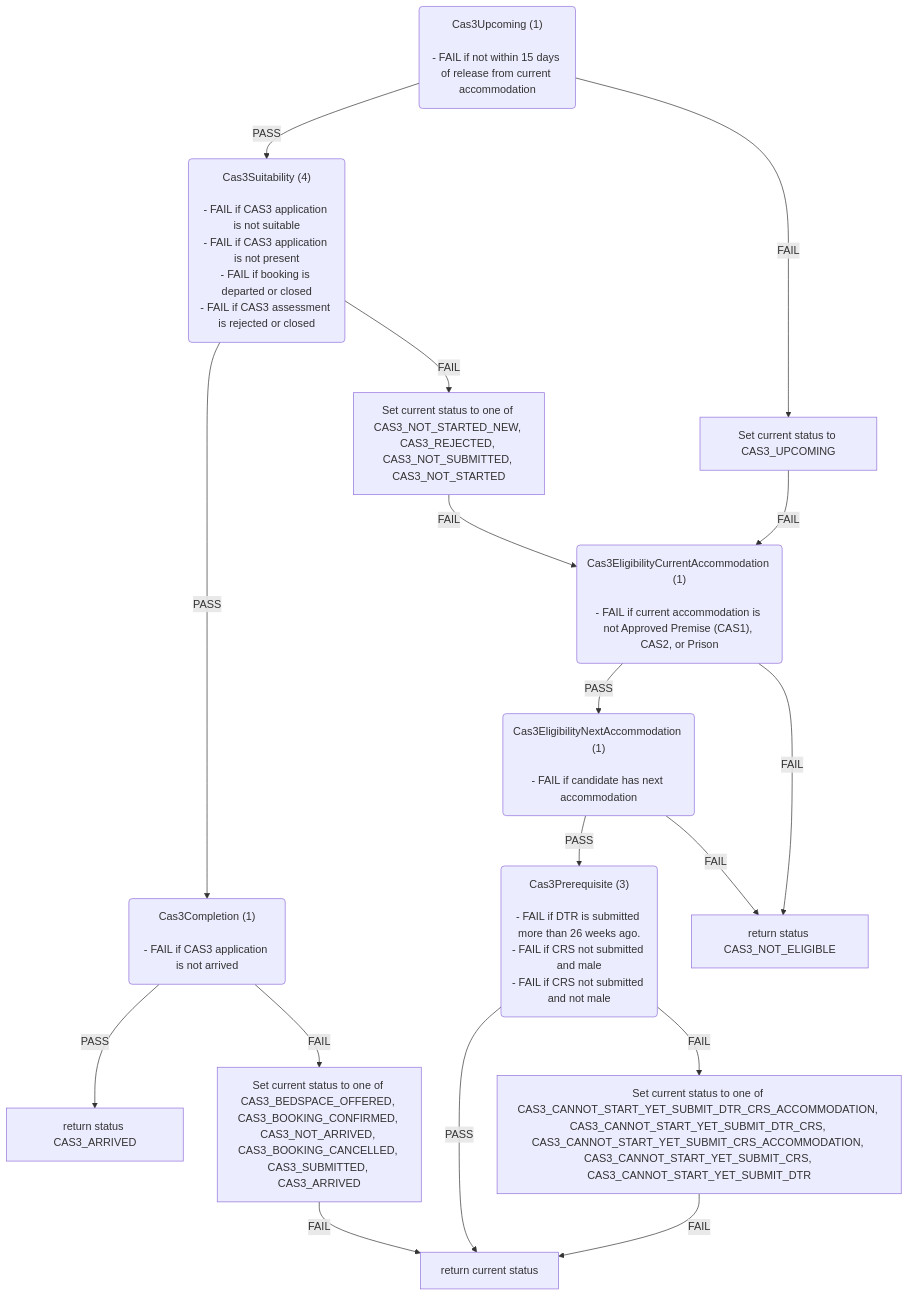
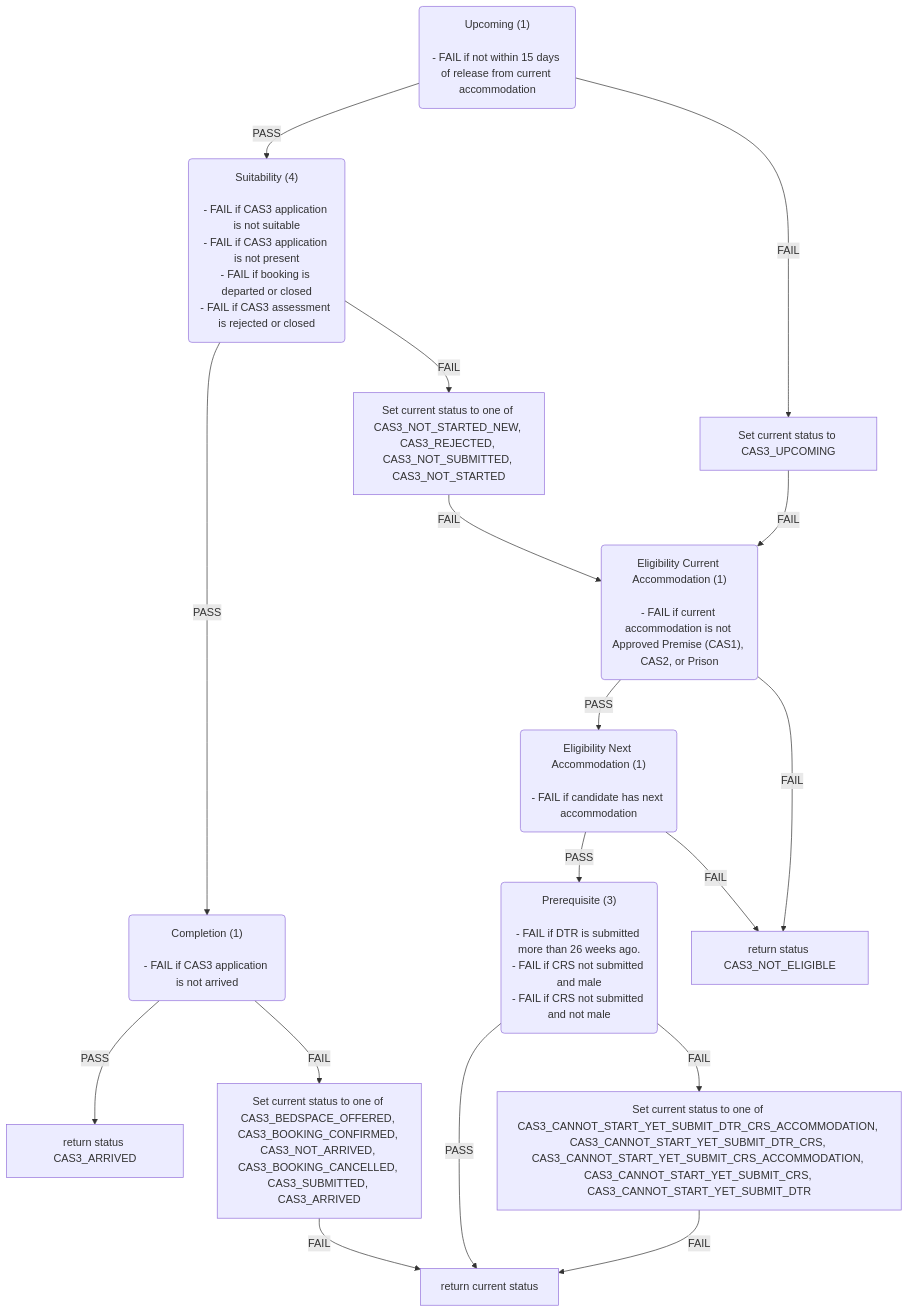
The third of 6 diagrams in docs/eligibility-rules-graph.md (ministryofjustice/hmpps-single-accommodation-service-api), drawn with Mermaid before and after one commit. The commit also changed other lines of this file and 41 other files, not shown here.

First line of the commit message:
Improve rules graph rule set labelling (#805)

````diff
--- a/docs/eligibility-rules-graph.md
+++ b/docs/eligibility-rules-graph.md
@@ -235,49 +235,49 @@
 ```mermaid
 flowchart TD
-  Cas3Upcoming("Cas3Upcoming (1)
+  Upcoming("Upcoming (1)
 
 - FAIL if not within 15 days of release from current accommodation")
-  Cas3Suitability("Cas3Suitability (4)
+  Suitability("Suitability (4)
 
 - FAIL if CAS3 application is not suitable
 - FAIL if CAS3 application is not present
 - FAIL if booking is departed or closed
 - FAIL if CAS3 assessment is rejected or closed")
-  Cas3Completion("Cas3Completion (1)
+  Completion("Completion (1)
 
 - FAIL if CAS3 application is not arrived")
   return_status_CAS3_ARRIVED["return status CAS3_ARRIVED"]
   Set_current_status_to_one_of_CAS3_BEDSPACE_OFFERED__CAS3_BOOKING_CONFIRMED__CAS3_NOT_ARRIVED__CAS3_BOOKING_CANCELLED__CAS3_SUBMITTED__CAS3_ARRIVED["Set current status to one of CAS3_BEDSPACE_OFFERED, CAS3_BOOKING_CONFIRMED, CAS3_NOT_ARRIVED, CAS3_BOOKING_CANCELLED, CAS3_SUBMITTED, CAS3_ARRIVED"]
   return_current_status["return current status"]
   Set_current_status_to_one_of_CAS3_NOT_STARTED_NEW__CAS3_REJECTED__CAS3_NOT_SUBMITTED__CAS3_NOT_STARTED["Set current status to one of CAS3_NOT_STARTED_NEW, CAS3_REJECTED, CAS3_NOT_SUBMITTED, CAS3_NOT_STARTED"]
-  Cas3EligibilityCurrentAccommodation("Cas3EligibilityCurrentAccommodation (1)
+  Eligibility_Current_Accommodation("Eligibility Current Accommodation (1)
 
 - FAIL if current accommodation is not Approved Premise (CAS1), CAS2, or Prison")
-  Cas3EligibilityNextAccommodation("Cas3EligibilityNextAccommodation (1)
+  Eligibility_Next_Accommodation("Eligibility Next Accommodation (1)
 
 - FAIL if candidate has next accommodation")
-  Cas3Prerequisite("Cas3Prerequisite (3)
+  Prerequisite("Prerequisite (3)
 
 - FAIL if DTR is submitted more than 26 weeks ago.
 - FAIL if CRS not submitted and male
 - FAIL if CRS not submitted and not male")
   Set_current_status_to_one_of_CAS3_CANNOT_START_YET_SUBMIT_DTR_CRS_ACCOMMODATION__CAS3_CANNOT_START_YET_SUBMIT_DTR_CRS__CAS3_CANNOT_START_YET_SUBMIT_CRS_ACCOMMODATION__CAS3_CANNOT_START_YET_SUBMIT_CRS__CAS3_CANNOT_START_YET_SUBMIT_DTR["Set current status to one of CAS3_CANNOT_START_YET_SUBMIT_DTR_CRS_ACCOMMODATION, CAS3_CANNOT_START_YET_SUBMIT_DTR_CRS, CAS3_CANNOT_START_YET_SUBMIT_CRS_ACCOMMODATION, CAS3_CANNOT_START_YET_SUBMIT_CRS, CAS3_CANNOT_START_YET_SUBMIT_DTR"]
   return_status_CAS3_NOT_ELIGIBLE["return status CAS3_NOT_ELIGIBLE"]
   Set_current_status_to_CAS3_UPCOMING["Set current status to CAS3_UPCOMING"]
-  Cas3Completion -->|PASS| return_status_CAS3_ARRIVED
-  Cas3Completion -->|FAIL| Set_current_status_to_one_of_CAS3_BEDSPACE_OFFERED__CAS3_BOOKING_CONFIRMED__CAS3_NOT_ARRIVED__CAS3_BOOKING_CANCELLED__CAS3_SUBMITTED__CAS3_ARRIVED
+  Completion -->|PASS| return_status_CAS3_ARRIVED
+  Completion -->|FAIL| Set_current_status_to_one_of_CAS3_BEDSPACE_OFFERED__CAS3_BOOKING_CONFIRMED__CAS3_NOT_ARRIVED__CAS3_BOOKING_CANCELLED__CAS3_SUBMITTED__CAS3_ARRIVED
   Set_current_status_to_one_of_CAS3_BEDSPACE_OFFERED__CAS3_BOOKING_CONFIRMED__CAS3_NOT_ARRIVED__CAS3_BOOKING_CANCELLED__CAS3_SUBMITTED__CAS3_ARRIVED -->|FAIL| return_current_status
-  Cas3Suitability -->|PASS| Cas3Completion
-  Cas3Suitability -->|FAIL| Set_current_status_to_one_of_CAS3_NOT_STARTED_NEW__CAS3_REJECTED__CAS3_NOT_SUBMITTED__CAS3_NOT_STARTED
-  Cas3Prerequisite -->|PASS| return_current_status
-  Cas3Prerequisite -->|FAIL| Set_current_status_to_one_of_CAS3_CANNOT_START_YET_SUBMIT_DTR_CRS_ACCOMMODATION__CAS3_CANNOT_START_YET_SUBMIT_DTR_CRS__CAS3_CANNOT_START_YET_SUBMIT_CRS_ACCOMMODATION__CAS3_CANNOT_START_YET_SUBMIT_CRS__CAS3_CANNOT_START_YET_SUBMIT_DTR
+  Suitability -->|PASS| Completion
+  Suitability -->|FAIL| Set_current_status_to_one_of_CAS3_NOT_STARTED_NEW__CAS3_REJECTED__CAS3_NOT_SUBMITTED__CAS3_NOT_STARTED
+  Prerequisite -->|PASS| return_current_status
+  Prerequisite -->|FAIL| Set_current_status_to_one_of_CAS3_CANNOT_START_YET_SUBMIT_DTR_CRS_ACCOMMODATION__CAS3_CANNOT_START_YET_SUBMIT_DTR_CRS__CAS3_CANNOT_START_YET_SUBMIT_CRS_ACCOMMODATION__CAS3_CANNOT_START_YET_SUBMIT_CRS__CAS3_CANNOT_START_YET_SUBMIT_DTR
   Set_current_status_to_one_of_CAS3_CANNOT_START_YET_SUBMIT_DTR_CRS_ACCOMMODATION__CAS3_CANNOT_START_YET_SUBMIT_DTR_CRS__CAS3_CANNOT_START_YET_SUBMIT_CRS_ACCOMMODATION__CAS3_CANNOT_START_YET_SUBMIT_CRS__CAS3_CANNOT_START_YET_SUBMIT_DTR -->|FAIL| return_current_status
-  Cas3EligibilityNextAccommodation -->|PASS| Cas3Prerequisite
-  Cas3EligibilityNextAccommodation -->|FAIL| return_status_CAS3_NOT_ELIGIBLE
-  Cas3EligibilityCurrentAccommodation -->|PASS| Cas3EligibilityNextAccommodation
-  Cas3EligibilityCurrentAccommodation -->|FAIL| return_status_CAS3_NOT_ELIGIBLE
-  Set_current_status_to_one_of_CAS3_NOT_STARTED_NEW__CAS3_REJECTED__CAS3_NOT_SUBMITTED__CAS3_NOT_STARTED -->|FAIL| Cas3EligibilityCurrentAccommodation
-  Cas3Upcoming -->|PASS| Cas3Suitability
-  Cas3Upcoming -->|FAIL| Set_current_status_to_CAS3_UPCOMING
-  Set_current_status_to_CAS3_UPCOMING -->|FAIL| Cas3EligibilityCurrentAccommodation
+  Eligibility_Next_Accommodation -->|PASS| Prerequisite
+  Eligibility_Next_Accommodation -->|FAIL| return_status_CAS3_NOT_ELIGIBLE
+  Eligibility_Current_Accommodation -->|PASS| Eligibility_Next_Accommodation
+  Eligibility_Current_Accommodation -->|FAIL| return_status_CAS3_NOT_ELIGIBLE
+  Set_current_status_to_one_of_CAS3_NOT_STARTED_NEW__CAS3_REJECTED__CAS3_NOT_SUBMITTED__CAS3_NOT_STARTED -->|FAIL| Eligibility_Current_Accommodation
+  Upcoming -->|PASS| Suitability
+  Upcoming -->|FAIL| Set_current_status_to_CAS3_UPCOMING
+  Set_current_status_to_CAS3_UPCOMING -->|FAIL| Eligibility_Current_Accommodation
 ```
````
